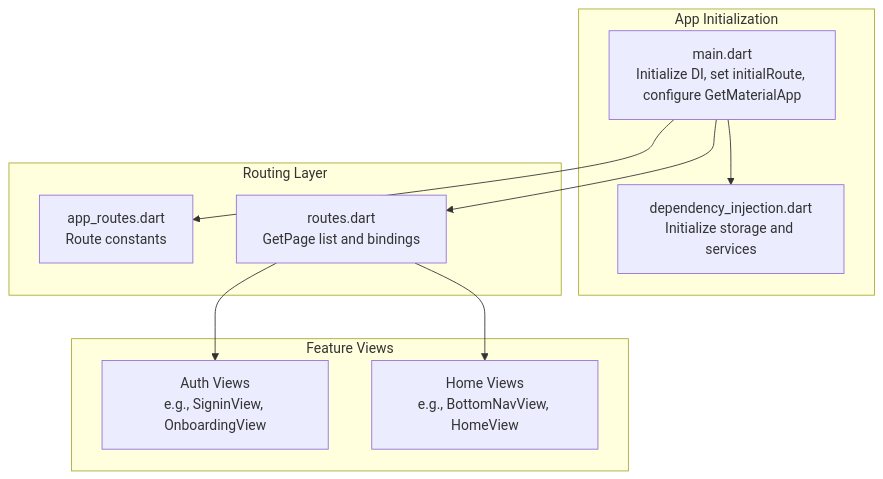
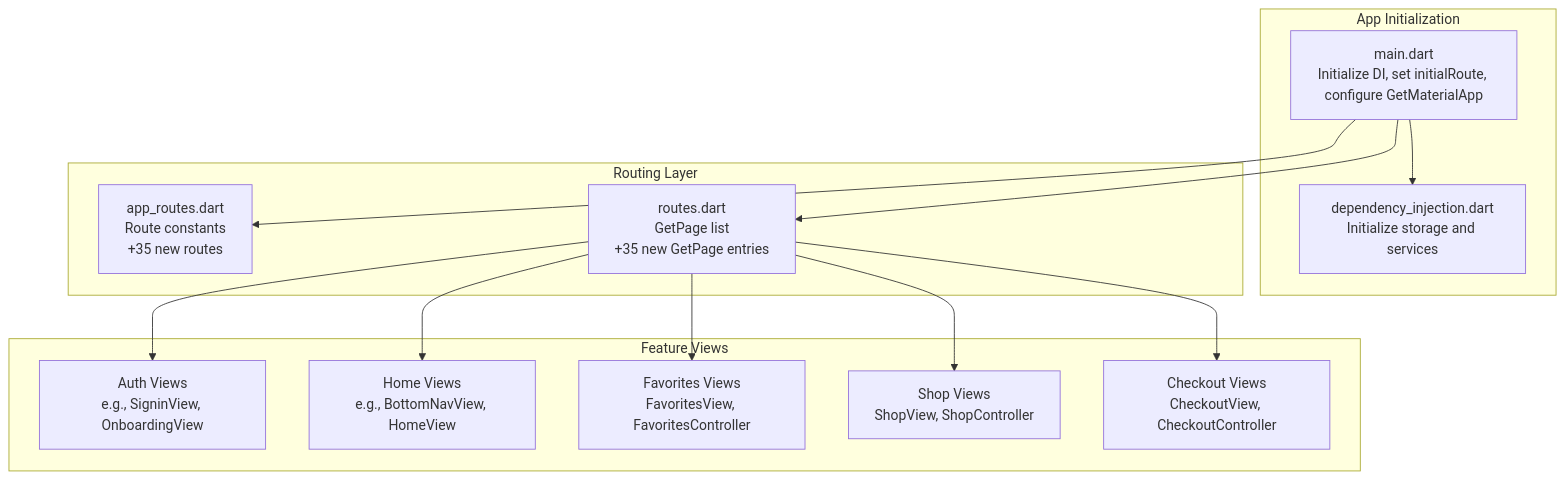
Before and after one commit to Ariful3111/FurniGo: the first of 8 diagrams in .qoder/repowiki/en/content/Architecture Overview/Routing and Navigation.md, drawn with Mermaid. The commit also changed other lines of this file and 15 other files, not shown here.

````diff
--- a/.qoder/repowiki/en/content/Architecture Overview/Routing and Navigation.md
+++ b/.qoder/repowiki/en/content/Architecture Overview/Routing and Navigation.md
@@ -32,20 +49,26 @@
 ```mermaid
 graph TB
 subgraph "App Initialization"
 MAIN["main.dart<br/>Initialize DI, set initialRoute, configure GetMaterialApp"]
 DI["dependency_injection.dart<br/>Initialize storage and services"]
 end
 subgraph "Routing Layer"
-APPRT["app_routes.dart<br/>Route constants"]
-ROUTES["routes.dart<br/>GetPage list and bindings"]
+APPRT["app_routes.dart<br/>Route constants<br/>+35 new routes"]
+ROUTES["routes.dart<br/>GetPage list<br/>+35 new GetPage entries"]
 end
 subgraph "Feature Views"
 AUTHV["Auth Views<br/>e.g., SigninView, OnboardingView"]
 HOMEV["Home Views<br/>e.g., BottomNavView, HomeView"]
+FAVORITES["Favorites Views<br/>FavoritesView, FavoritesController"]
+SHOP["Shop Views<br/>ShopView, ShopController"]
+CHECKOUT["Checkout Views<br/>CheckoutView, CheckoutController"]
 end
 MAIN --> DI
 MAIN --> APPRT
 MAIN --> ROUTES
 ROUTES --> AUTHV
 ROUTES --> HOMEV
+ROUTES --> FAVORITES
+ROUTES --> SHOP
+ROUTES --> CHECKOUT
 ```
````
